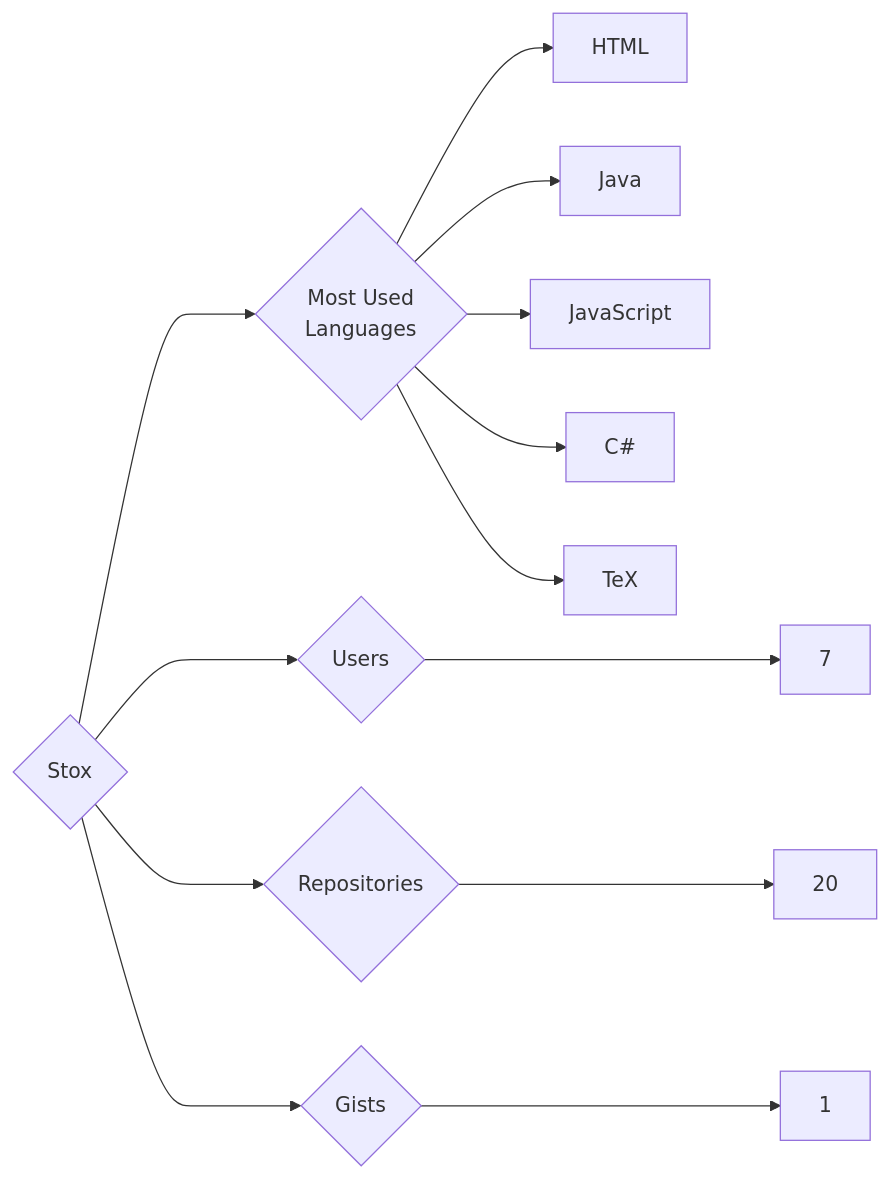
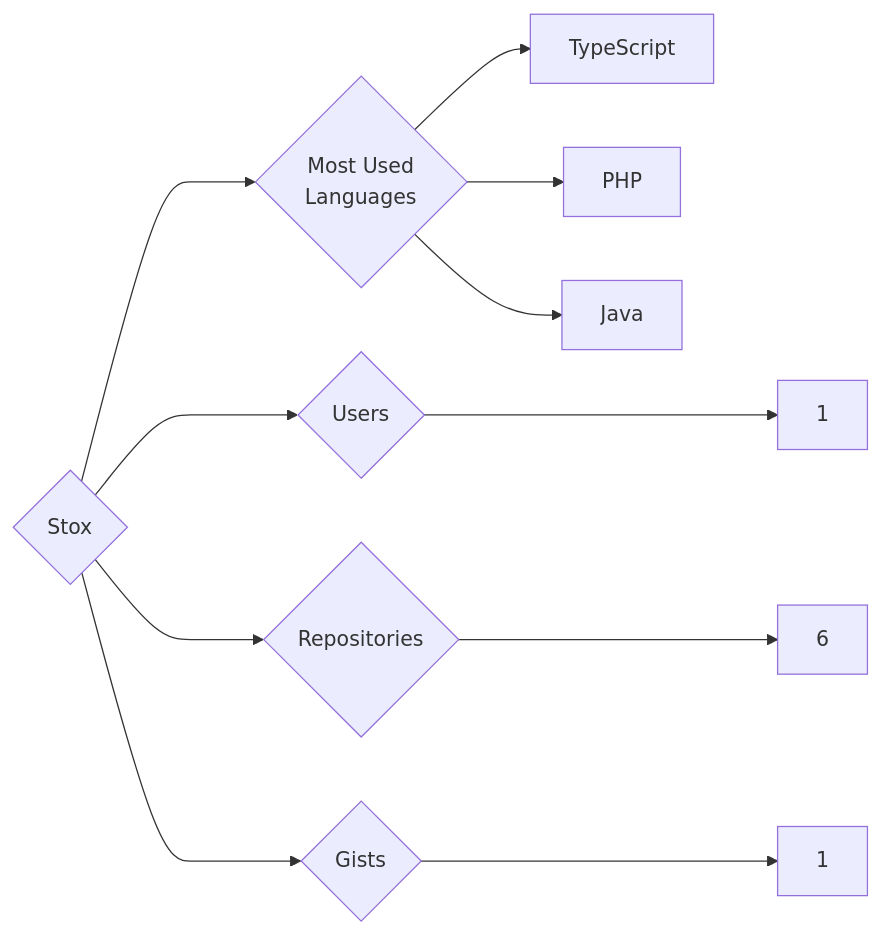
Before and after one commit to trickest/insiders: the diagram in targets/Stox/README.md, drawn with Mermaid. The commit also changed 597 other files, not shown here.

````diff
--- a/targets/Stox/README.md
+++ b/targets/Stox/README.md
@@ -3,13 +3,11 @@
 ```mermaid
 graph LR
 COMPANY_NAME{Stox}
-COMPANY_NAME ---> U{Users} ---> UN[7]
-COMPANY_NAME ---> R{Repositories} ---> RN[20]
+COMPANY_NAME ---> U{Users} ---> UN[1]
+COMPANY_NAME ---> R{Repositories} ---> RN[6]
 COMPANY_NAME ---> G{Gists} ---> GN[1]
 COMPANY_NAME ---> ML{Most Used<br>Languages}
-ML --> HTML[HTML]
+ML --> TypeScript[TypeScript]
+ML --> PHP[PHP]
 ML --> Java[Java]
-ML --> JavaScript[JavaScript]
-ML --> C#[C#]
-ML --> TeX[TeX]
 ```
````
